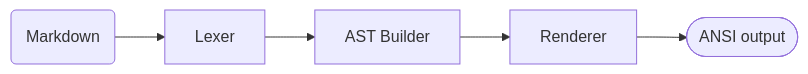
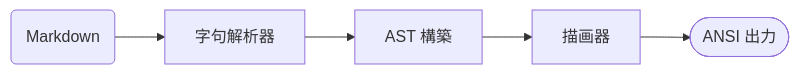
The second of 29 diagrams in examples/EXAMPLE_ja.md (kohdice/mp-rs), drawn with Mermaid before and after one commit. The commit also changed other lines of this file and 1 other file, not shown here.

````diff
--- a/examples/EXAMPLE_ja.md
+++ b/examples/EXAMPLE_ja.md
@@ -221,7 +244,7 @@
 ```mermaid
 flowchart LR
-    Src(Markdown) --> Lex[Lexer]
-    Lex --> AST[AST Builder]
-    AST --> Render[Renderer]
-    Render --> Out([ANSI output])
+    Src(Markdown) --> Lex[字句解析器]
+    Lex --> AST[AST 構築]
+    AST --> Render[描画器]
+    Render --> Out([ANSI 出力])
 ```
````
